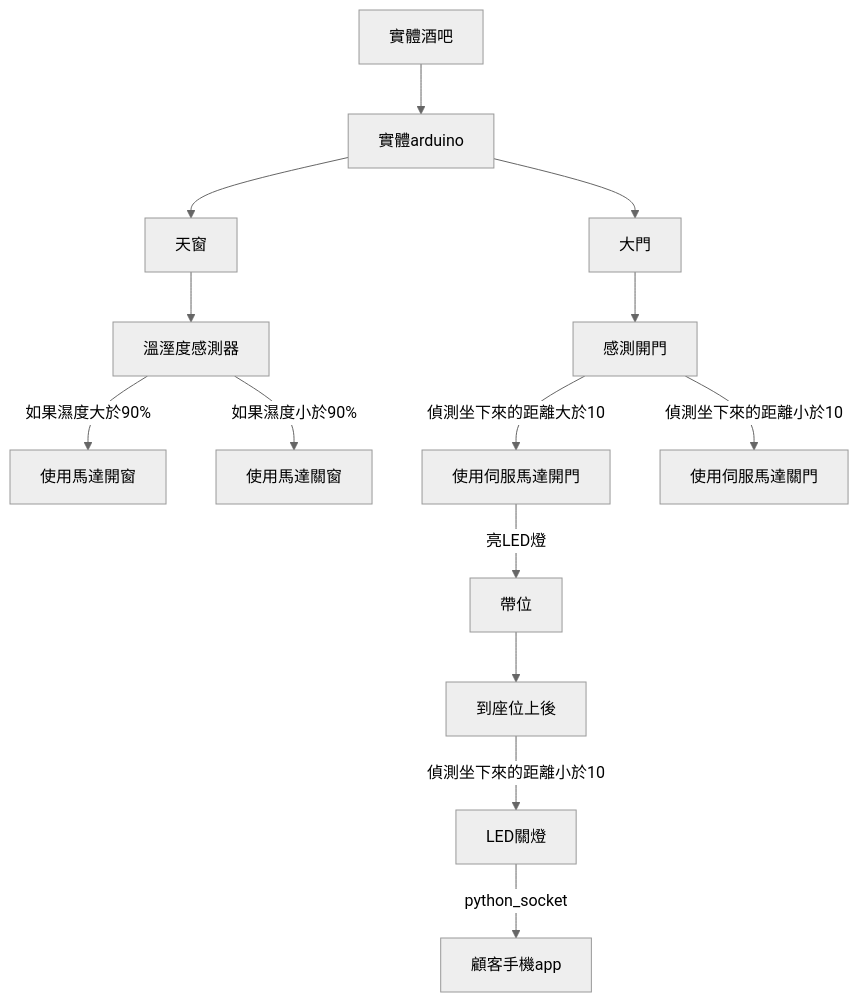
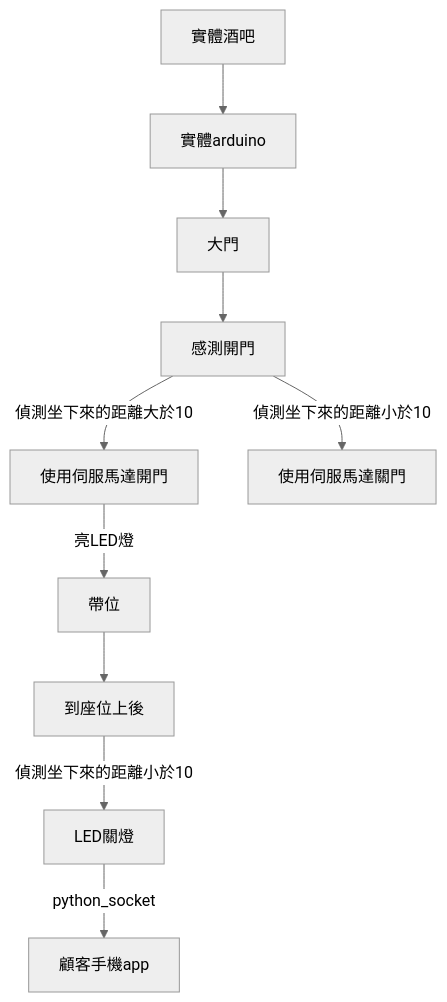
The first of 3 diagrams in README.md (huskyncu/Bar_Project), drawn with Mermaid (neutral theme) before and after one commit. The commit also changed other lines of this file, not shown here.

````diff
--- a/README.md
+++ b/README.md
@@ -36,11 +36,8 @@
 ```mermaid
 graph TD;
 實體酒吧-->實體arduino;
-實體arduino-->天窗;
 實體arduino-->大門;
-天窗-->溫溼度感測器-->|如果濕度大於90%|使用馬達開窗;
-溫溼度感測器-->|如果濕度小於90%|使用馬達關窗;
 大門-->感測開門-->|偵測坐下來的距離大於10|使用伺服馬達開門-->|亮LED燈|帶位;
 帶位-->到座位上後-->|偵測坐下來的距離小於10|LED關燈-->|python_socket|顧客手機app;
 感測開門-->|偵測坐下來的距離小於10|使用伺服馬達關門;
 ```
````
